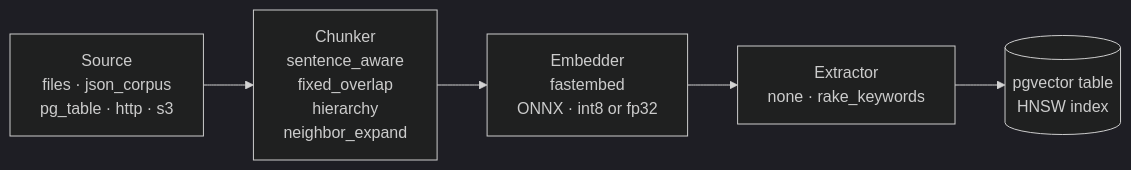
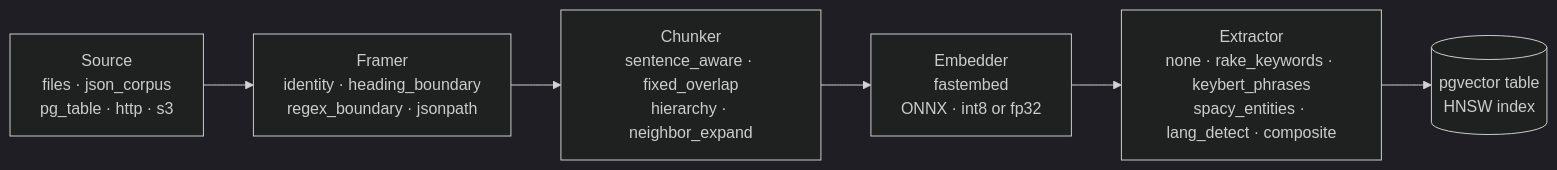
One commit to yonk-labs/chunkshop changed the diagram in README.md. Above: the diagram before and after it, drawn with Mermaid (dark theme). The commit also changed other lines of this file and 4 other files, not shown here.

````diff
--- a/README.md
+++ b/README.md
@@ -19,7 +19,8 @@
 ```mermaid
 flowchart LR
-    S[Source<br/>files · json_corpus<br/>pg_table · http · s3] --> C[Chunker<br/>sentence_aware<br/>fixed_overlap<br/>hierarchy<br/>neighbor_expand]
+    S[Source<br/>files · json_corpus<br/>pg_table · http · s3] --> F[Framer<br/>identity · heading_boundary<br/>regex_boundary · jsonpath]
+    F --> C[Chunker<br/>sentence_aware · fixed_overlap<br/>hierarchy · neighbor_expand]
     C --> E[Embedder<br/>fastembed<br/>ONNX · int8 or fp32]
-    E --> X[Extractor<br/>none · rake_keywords]
+    E --> X[Extractor<br/>none · rake_keywords · keybert_phrases<br/>spacy_entities · lang_detect · composite]
     X --> T[(pgvector table<br/>HNSW index)]
 ```
````
